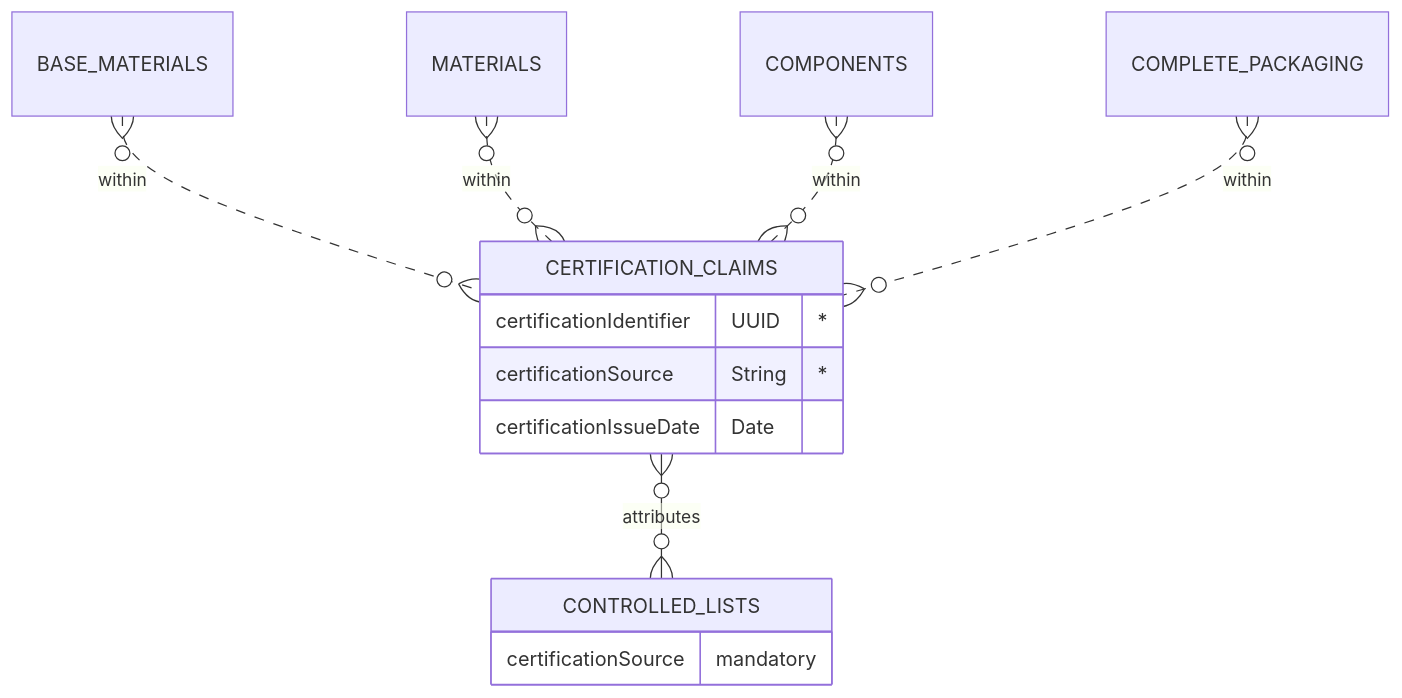
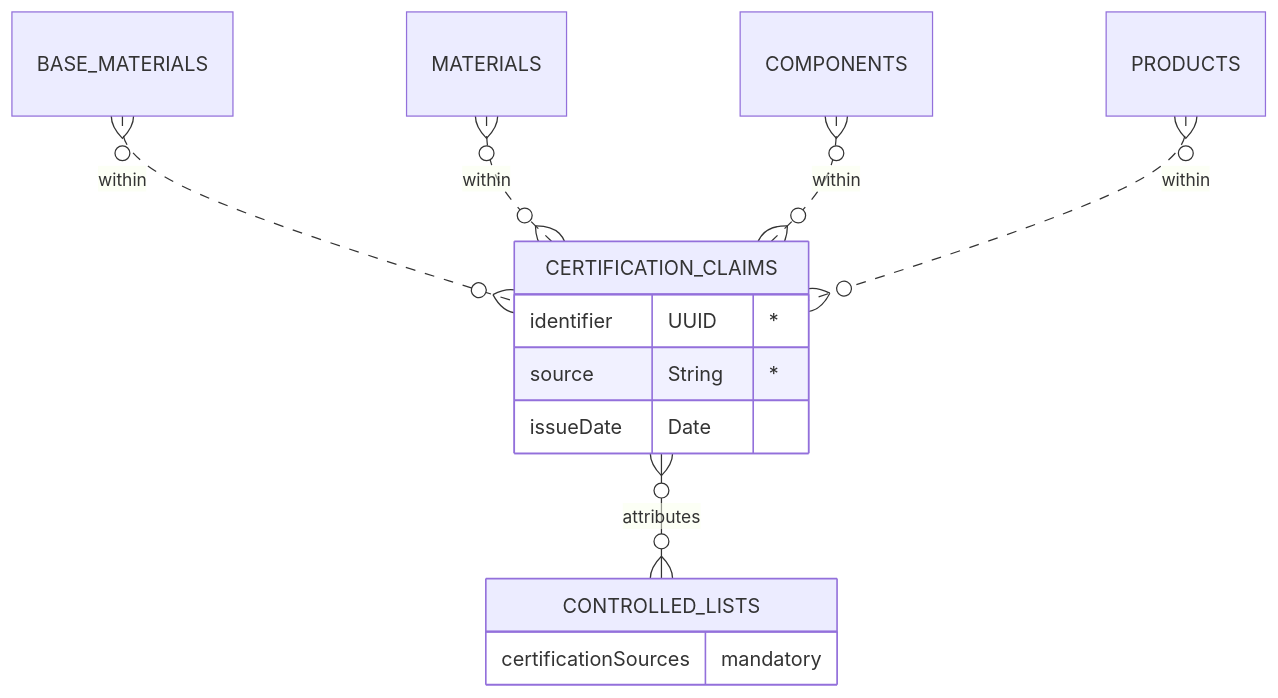
One commit to OpenDataManchester/OSTFD changed the diagram in docs/relationship-lists/certification-claims.md. Above: the diagram before and after it, drawn with Mermaid. The commit also changed other lines of this file and 46 other files, not shown here.

````diff
--- a/docs/relationship-lists/certification-claims.md
+++ b/docs/relationship-lists/certification-claims.md
@@ -24,16 +24,16 @@
 ``` mermaid
 erDiagram
   BASE_MATERIALS }o..o{ CERTIFICATION_CLAIMS : within
   MATERIALS }o..o{ CERTIFICATION_CLAIMS : within
   COMPONENTS}o..o{ CERTIFICATION_CLAIMS : within
-  COMPLETE_PACKAGING }o..o{ CERTIFICATION_CLAIMS : within
+  PRODUCTS }o..o{ CERTIFICATION_CLAIMS : within
   CERTIFICATION_CLAIMS {
-    certificationIdentifier UUID "*"
-    certificationSource String "*"
-    certificationIssueDate Date
+    identifier UUID "*"
+    source String "*"
+    issueDate Date
   }
   CERTIFICATION_CLAIMS }o--o{ CONTROLLED_LISTS : attributes
   CONTROLLED_LISTS {
-    certificationSource mandatory 
+    certificationSources mandatory 
   }
 ```
````
